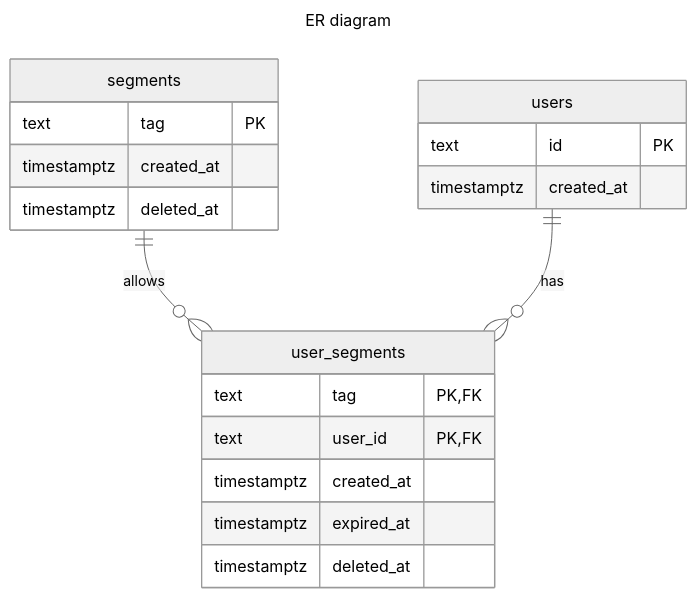
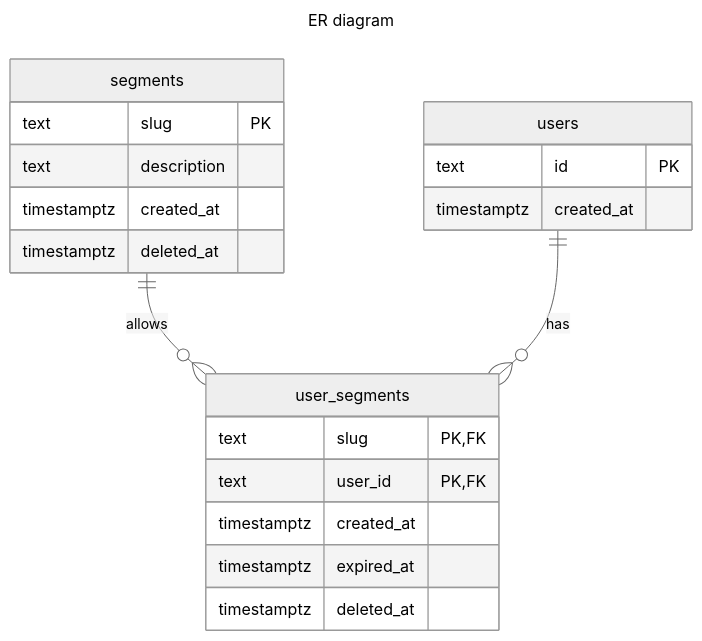
Before and after one commit to dupreehkuda/avito-segments: the diagram in README.md, drawn with Mermaid (neutral theme). The commit also changed 24 other files, not shown here.

````diff
--- a/README.md
+++ b/README.md
@@ -2,27 +2,28 @@
 ```mermaid
 ---
     title: ER diagram
 ---
 erDiagram
     segments {
-        text tag PK
+        text slug PK
+        text description
         timestamptz created_at
         timestamptz deleted_at
     }
     
     users {
         text id PK
         timestamptz created_at
     }
 
     user_segments {
-        text tag PK, FK
+        text slug PK, FK
         text user_id PK, FK
         timestamptz created_at
         timestamptz expired_at
         timestamptz deleted_at
     }
 
     segments ||--o{ user_segments: allows
     users ||--o{ user_segments: has
 ```
````
